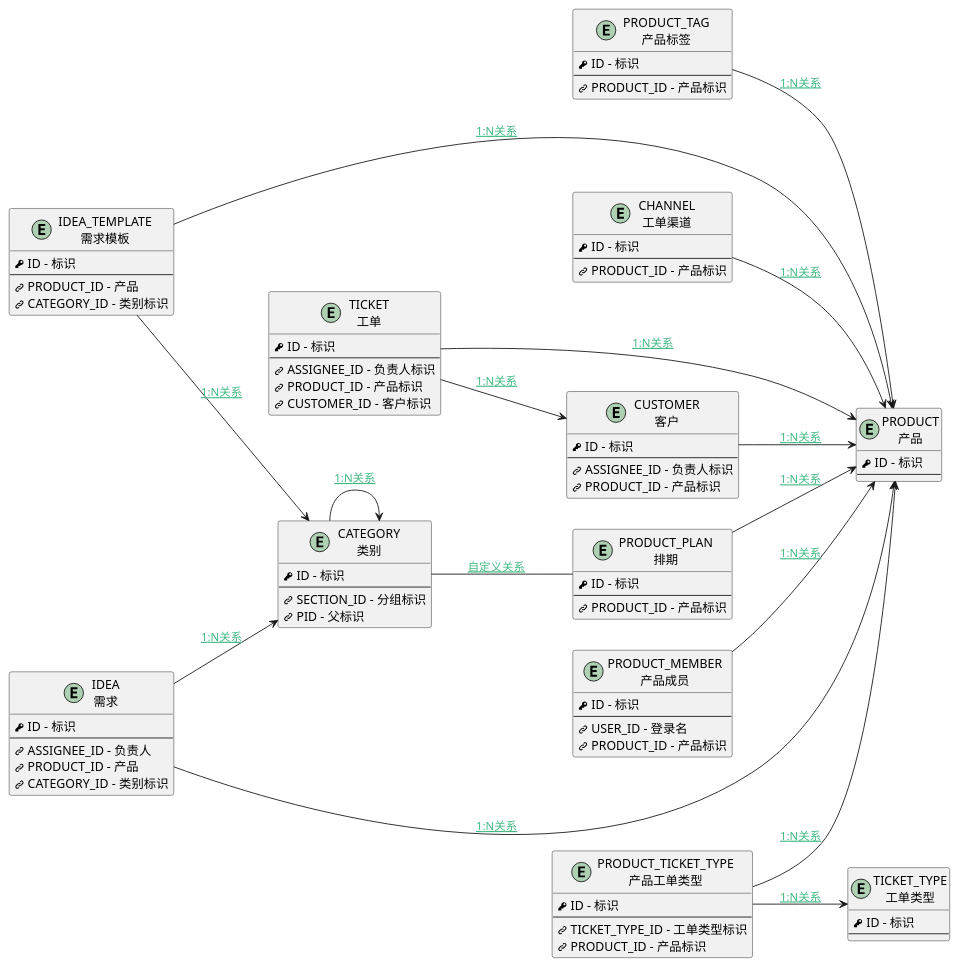
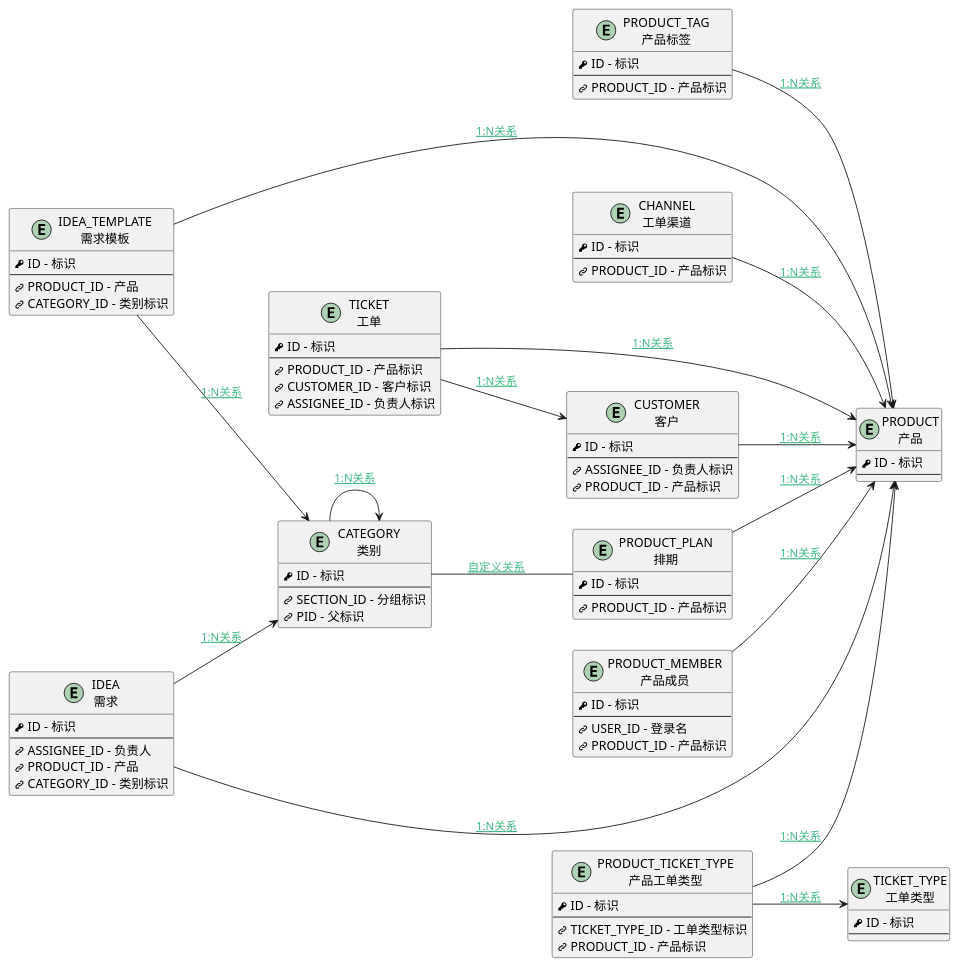
The diagram in doc/docsify/er/prodmgmt.md (iBizLab/plm), drawn with PlantUML before and after one commit. The commit also changed other lines of this file and 480 other files, not shown here.

```diff
--- a/doc/docsify/er/prodmgmt.md
+++ b/doc/docsify/er/prodmgmt.md
@@ -70,9 +70,9 @@
 entity "TICKET\n工单" as TICKET [[$../module/ProdMgmt/ticket {工单}]] {
         <&key> ID - 标识
         --
-        <&link-intact> ASSIGNEE_ID - 负责人标识
         <&link-intact> PRODUCT_ID - 产品标识
         <&link-intact> CUSTOMER_ID - 客户标识
+        <&link-intact> ASSIGNEE_ID - 负责人标识
 }
 entity "TICKET_TYPE\n工单类型" as TICKET_TYPE [[$../module/ProdMgmt/ticket_type {工单类型}]] {
         <&key> ID - 标识
```
